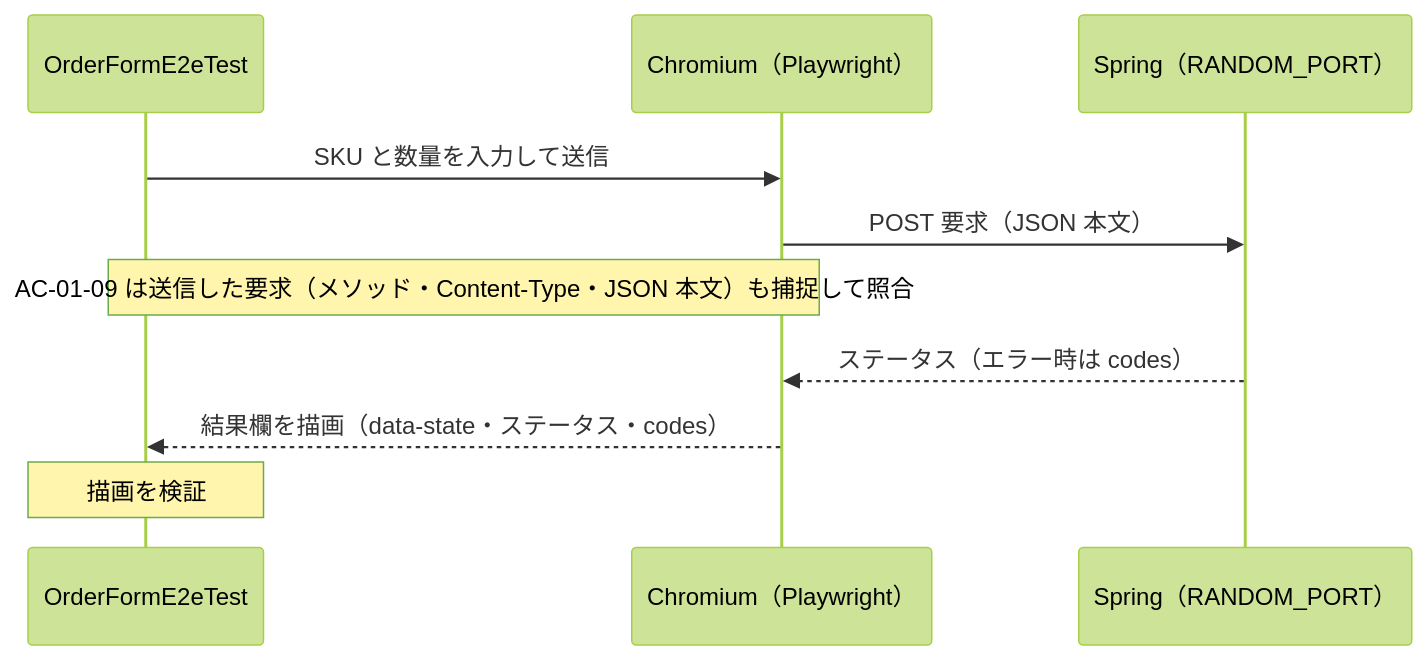
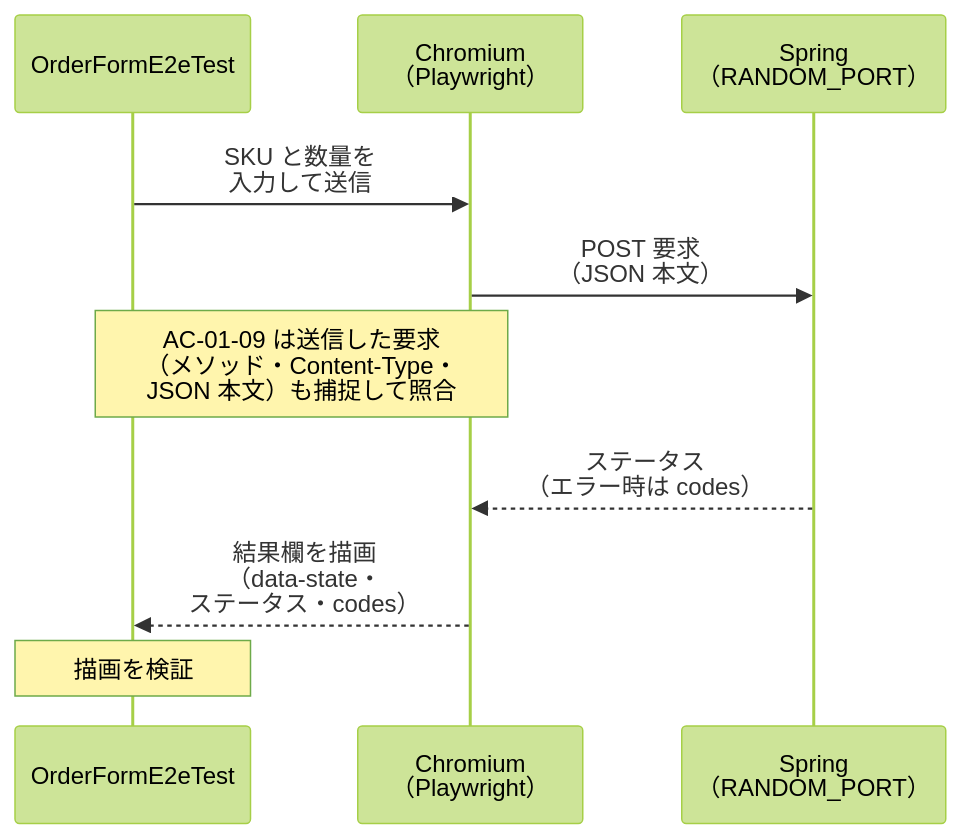
One commit to toshio-shiratori/harness-test-strategy changed the diagram in examples/kotlin-spring/docs/02c.md. Above: the diagram before and after it, drawn with Mermaid (forest theme).

Commit message:
docs: examples/kotlin-spring/docs/02c.md の図(幅 992px)を本文の幅に収める (#213) (#214)
sequenceDiagram のラベルを語の切れ目で改行し、幅を 992px から 701px にする。参加者・メッセージの順序・文言は変えない。

````diff
--- a/examples/kotlin-spring/docs/02c.md
+++ b/examples/kotlin-spring/docs/02c.md
@@ -13,12 +13,12 @@
 ```mermaid
 sequenceDiagram
     participant T as OrderFormE2eTest
-    participant B as Chromium（Playwright）
-    participant S as Spring（RANDOM_PORT）
-    T->>B: SKU と数量を入力して送信
-    B->>S: POST 要求（JSON 本文）
-    Note over T,B: AC-01-09 は送信した要求（メソッド・Content-Type・JSON 本文）も捕捉して照合
-    S-->>B: ステータス（エラー時は codes）
-    B-->>T: 結果欄を描画（data-state・ステータス・codes）
+    participant B as Chromium<br/>（Playwright）
+    participant S as Spring<br/>（RANDOM_PORT）
+    T->>B: SKU と数量を<br/>入力して送信
+    B->>S: POST 要求<br/>（JSON 本文）
+    Note over T,B: AC-01-09 は送信した要求<br/>（メソッド・Content-Type・<br/>JSON 本文）も捕捉して照合
+    S-->>B: ステータス<br/>（エラー時は codes）
+    B-->>T: 結果欄を描画<br/>（data-state・<br/>ステータス・codes）
     Note over T: 描画を検証
 ```
````
